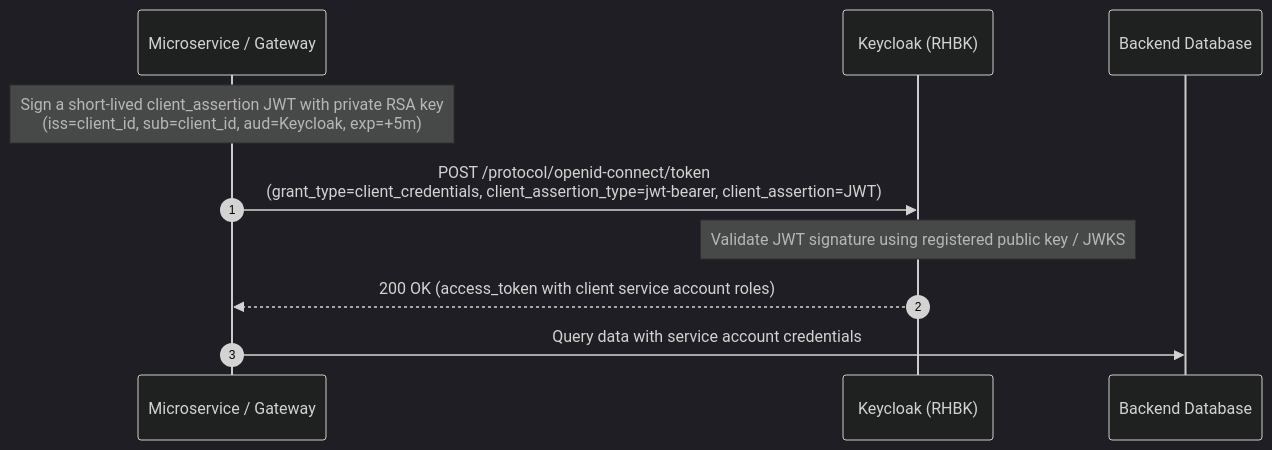
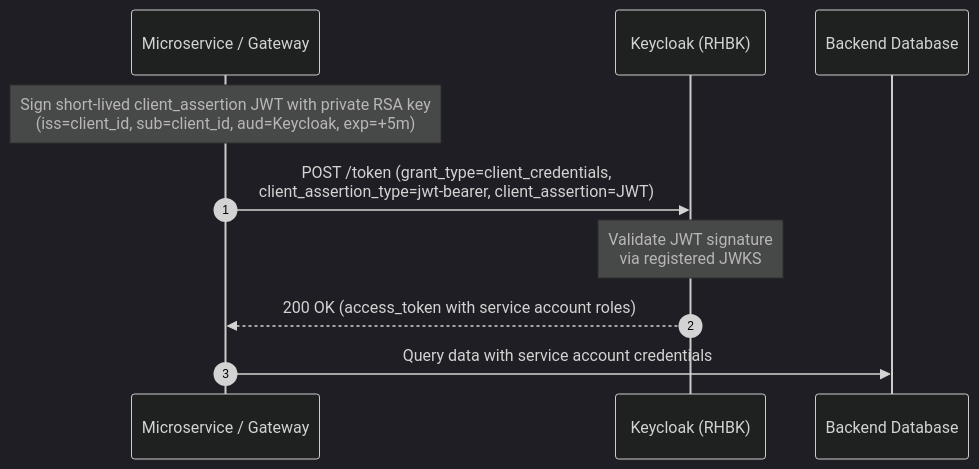
One commit to nubenetes/keycloak-openshift-2026 changed the second of 3 diagrams in docs/OAUTH2_OIDC_SECURITY_FLOWS.md. Above: the diagram before and after it, drawn with Mermaid (dark theme). The commit also changed other lines of this file and 11 other files, not shown here.

Commit message:
fix(docs): optimize Mermaid architecture and sequence diagrams with text-wrapped node labels and improved layout

````diff
--- a/docs/OAUTH2_OIDC_SECURITY_FLOWS.md
+++ b/docs/OAUTH2_OIDC_SECURITY_FLOWS.md
@@ -46,13 +46,13 @@
 ```mermaid
 sequenceDiagram
     autonumber
     participant Client as Microservice / Gateway
     participant KC as Keycloak (RHBK)
     participant DB as Backend Database
 
-    Note over Client: Sign a short-lived client_assertion JWT with private RSA key<br/>(iss=client_id, sub=client_id, aud=Keycloak, exp=+5m)
-    Client->>KC: POST /protocol/openid-connect/token<br/>(grant_type=client_credentials, client_assertion_type=jwt-bearer, client_assertion=JWT)
-    Note over KC: Validate JWT signature using registered public key / JWKS
-    KC-->>Client: 200 OK (access_token with client service account roles)
+    Note over Client: Sign short-lived client_assertion JWT with private RSA key<br/>(iss=client_id, sub=client_id, aud=Keycloak, exp=+5m)
+    Client->>KC: POST /token (grant_type=client_credentials,<br/>client_assertion_type=jwt-bearer, client_assertion=JWT)
+    Note over KC: Validate JWT signature<br/>via registered JWKS
+    KC-->>Client: 200 OK (access_token with service account roles)
     Client->>DB: Query data with service account credentials
 ```
````
